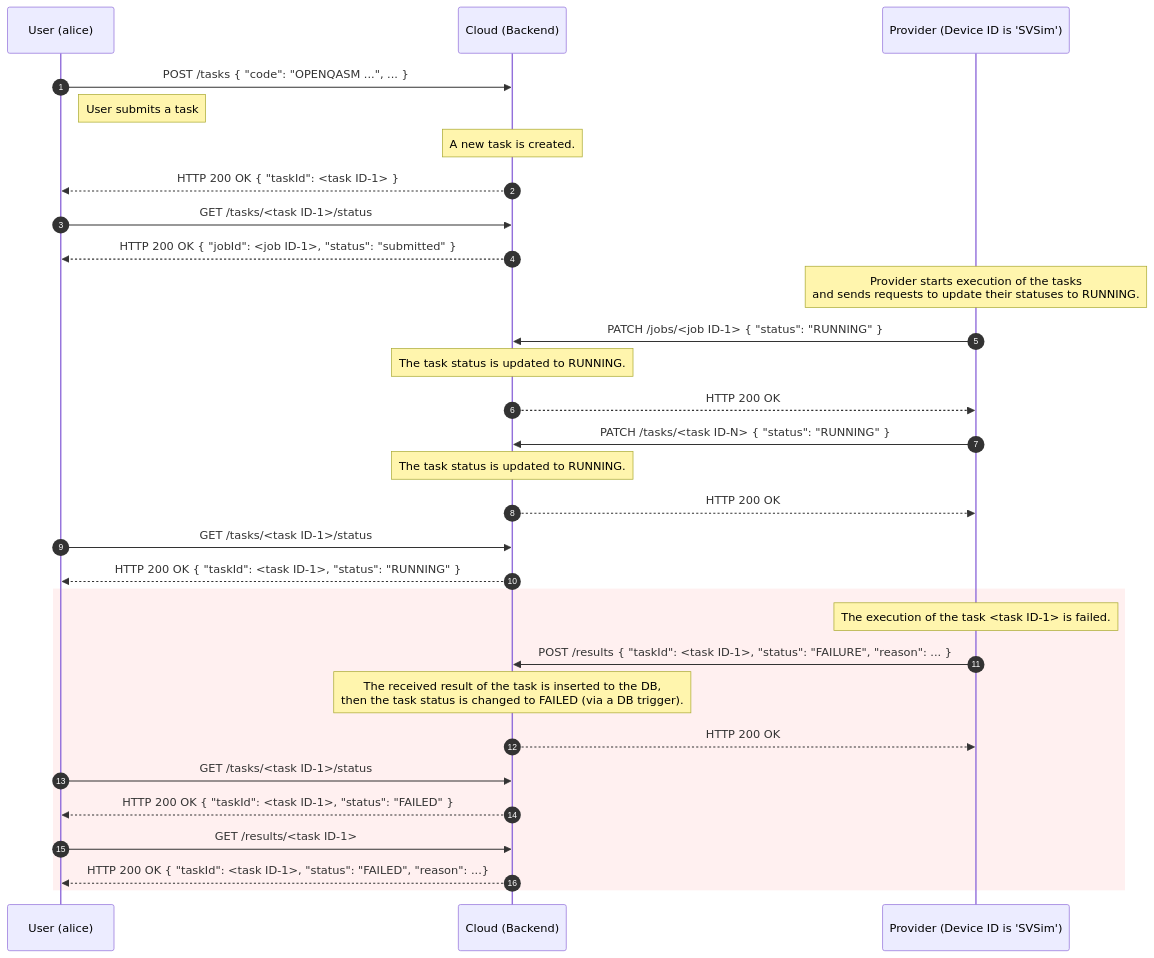
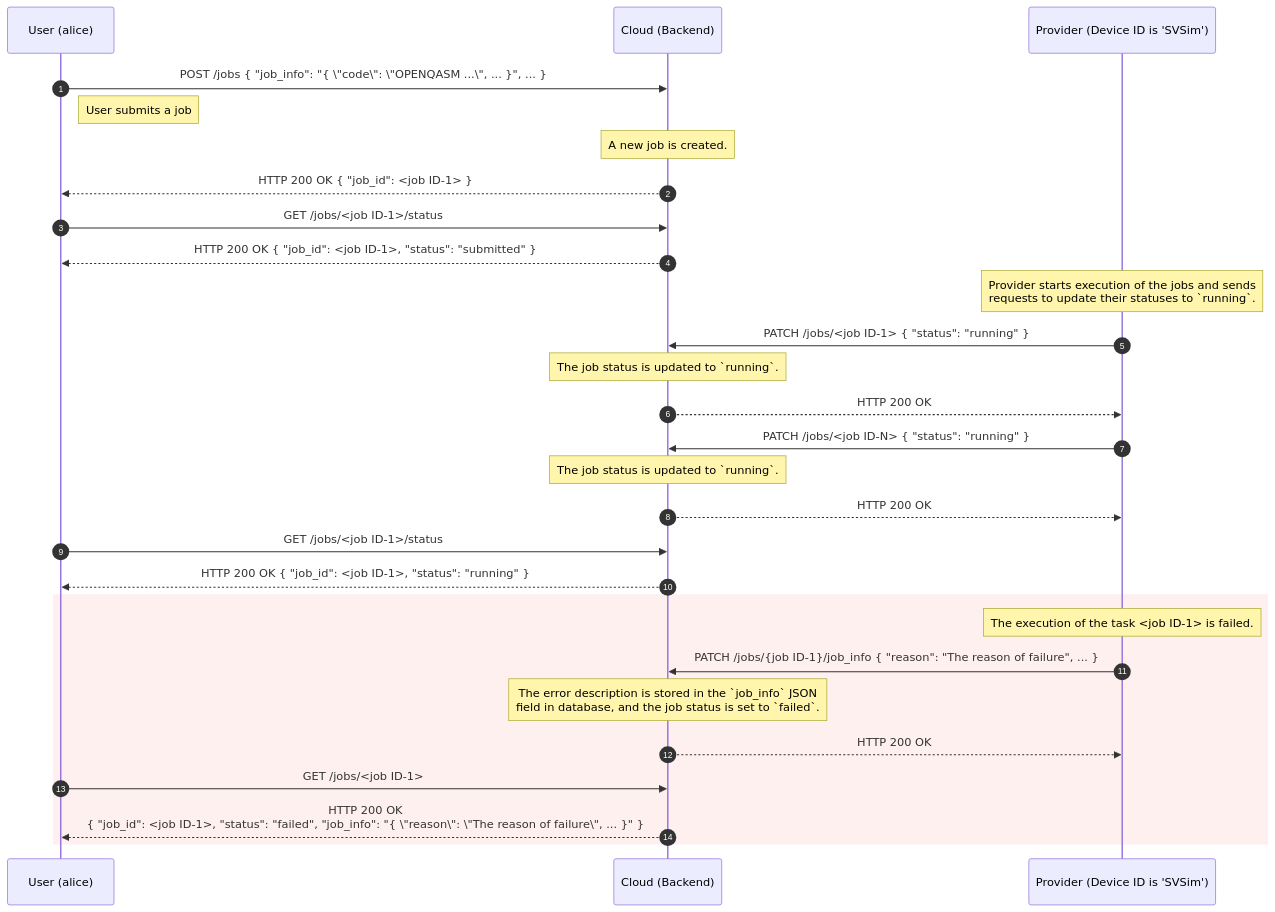
The second of 3 diagrams in docs/en/architecture/sequence_diagram.md (oqtopus-team/oqtopus-cloud), drawn with Mermaid before and after one commit. The commit also changed other lines of this file and 4 other files, not shown here.

Commit message:
docs: Fix job sequence diagram

````diff
--- a/docs/en/architecture/sequence_diagram.md
+++ b/docs/en/architecture/sequence_diagram.md
@@ -80,40 +78,38 @@
 ```mermaid
 sequenceDiagram
     autonumber
     participant User as User (alice)
     participant Cloud as Cloud (Backend)
     participant Provider as Provider (Device ID is 'SVSim')
 
-    User->>Cloud: POST /tasks { "code": "OPENQASM ...", ... }
-    Note right of User: User submits a task
-    Note over Cloud: A new task is created.
-    Cloud-->>User: HTTP 200 OK { "taskId": <task ID-1> }
+    User->>Cloud: POST /jobs { "job_info": "{ \"code\": \"OPENQASM ...\", ... }", ... }
 
-    User->>Cloud: GET /tasks/<task ID-1>/status
-    Cloud-->>User: HTTP 200 OK { "jobId": <job ID-1>, "status": "submitted" }
+    Note right of User: User submits a job
+    Note over Cloud: A new job is created.
+    Cloud-->>User: HTTP 200 OK { "job_id": <job ID-1> }
 
-    Note over Provider: Provider starts execution of the tasks<br>and sends requests to update their statuses to RUNNING.
-    Provider->>Cloud: PATCH /jobs/<job ID-1> { "status": "RUNNING" }
-    Note over Cloud: The task status is updated to RUNNING.
+    User->>Cloud: GET /jobs/<job ID-1>/status
+    Cloud-->>User: HTTP 200 OK { "job_id": <job ID-1>, "status": "submitted" }
+
+    Note over Provider: Provider starts execution of the jobs and sends <br/>  requests to update their statuses to `running`.
+    Provider->>Cloud: PATCH /jobs/<job ID-1> { "status": "running" }
+    Note over Cloud: The job status is updated to `running`.
     Cloud-->>Provider: HTTP 200 OK
 
-    Provider->>Cloud: PATCH /tasks/<task ID-N> { "status": "RUNNING" }
-    Note over Cloud: The task status is updated to RUNNING.
+    Provider->>Cloud: PATCH /jobs/<job ID-N> { "status": "running" }
+    Note over Cloud: The job status is updated to `running`.
     Cloud-->>Provider: HTTP 200 OK
 
-    User->>Cloud: GET /tasks/<task ID-1>/status
-    Cloud-->>User: HTTP 200 OK { "taskId": <task ID-1>, "status": "RUNNING" }
+    User->>Cloud: GET /jobs/<job ID-1>/status
+    Cloud-->>User: HTTP 200 OK { "job_id": <job ID-1>, "status": "running" }
 
     rect rgb(255, 240, 240)
-        Note over Provider: The execution of the task <task ID-1> is failed.
-        Provider->>Cloud: POST /results { "taskId": <task ID-1>, "status": "FAILURE", "reason": ... }
-        Note over Cloud: The received result of the task is inserted to the DB,<br> then the task status is changed to FAILED (via a DB trigger).
+        Note over Provider: The execution of the task <job ID-1> is failed.
+        Provider->>Cloud: PATCH /jobs/{job ID-1}/job_info { "reason": "The reason of failure", ... }
+        Note over Cloud: The error description is stored in the `job_info` JSON <br />field in database, and the job status is set to `failed`.
         Cloud-->>Provider: HTTP 200 OK
   
-        User->>Cloud: GET /tasks/<task ID-1>/status
-        Cloud-->>User: HTTP 200 OK { "taskId": <task ID-1>, "status": "FAILED" }
-  
-        User->>Cloud: GET /results/<task ID-1>
-        Cloud-->>User: HTTP 200 OK { "taskId": <task ID-1>, "status": "FAILED", "reason": ...}
+        User->>Cloud: GET /jobs/<job ID-1>
+        Cloud-->>User: HTTP 200 OK <br />{ "job_id": <job ID-1>, "status": "failed", "job_info": "{ \"reason\": \"The reason of failure\", ... }" }
     end
 ```
````
